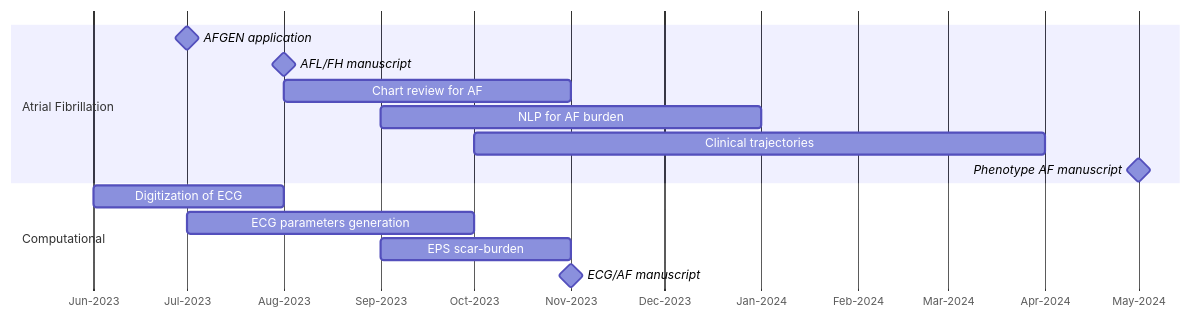
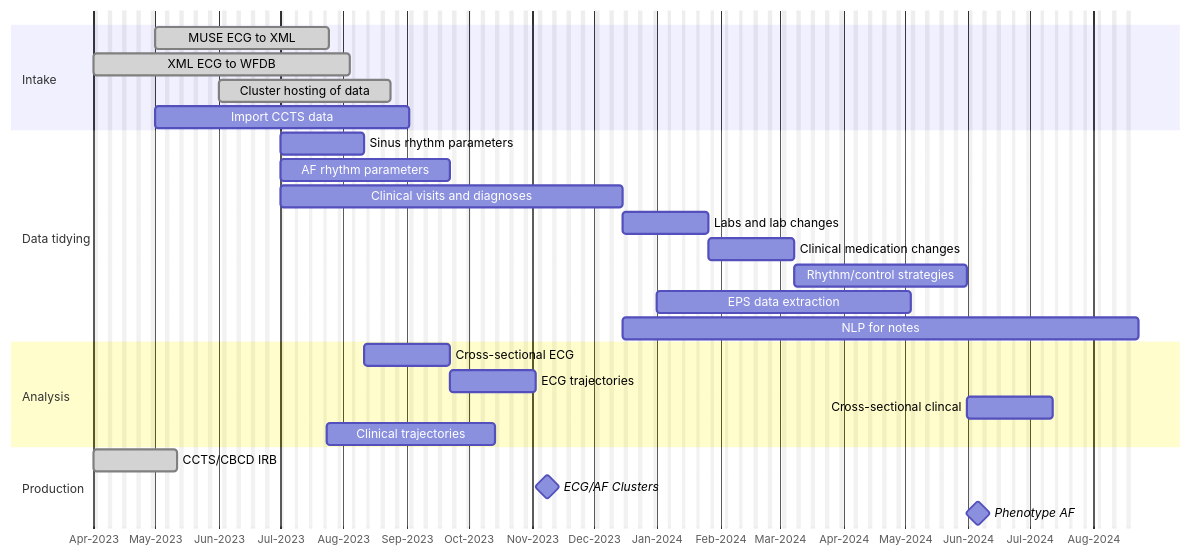
One commit to shah-in-boots/research changed the diagram in t32/phenotype-af.qmd. Above: the diagram before and after it, drawn with Mermaid. The commit also changed other lines of this file and 1 other file, not shown here.

Commit message:
phenotype AF project proposal

````diff
--- a/t32/phenotype-af.qmd
+++ b/t32/phenotype-af.qmd
@@ -49,18 +96,30 @@
 ```{mermaid}
 %%| fig-responsive: true
 gantt
-	dateFormat MM-YYYY
+	dateFormat MM/YYYY
 	axisFormat %b-%Y
-	section Atrial Fibrillation
-		AFGEN application						:milestone, 07-2023, 0d
-		AFL/FH manuscript						:milestone, 08-2023, 0d
-		Chart review for AF 				:08-2023, 11-2023
-		NLP for AF burden						:09-2023, 01-2024
-		Clinical trajectories				:10-2023, 04-2024
-		Phenotype AF manuscript 		:milestone, 05-2024, 0d
-	section Computational
-		Digitization of ECG					:06-2023, 08-2023
-		ECG parameters generation		:07-2023, 10-2023
-		EPS scar-burden							:09-2023, 11-2023
-		ECG/AF manuscript						:milestone, 11-2023, 0d
+	excludes weekends
+	section Intake
+		MUSE ECG to XML									:done, muse, 05/2023, 07/2023
+		XML ECG to WFDB 								:done, wfdb, 04/2023, 90d
+		Cluster hosting of data					:done, acer, 06/2023, 60d
+		Import CCTS data								:ccts, 05/2023, 90d
+	section Data tidying
+		Sinus rhythm parameters 				:nsr, 07/2023, 30d
+		AF rhythm parameters 		 				:paf, 07/2023, 60d
+		Clinical visits and diagnoses		:visits, 07/2023, 120d
+		Labs and lab changes						:labs, after visits, 30d
+		Clinical medication changes			:meds, after labs, 30d
+		Rhythm/control strategies				:rhythm, after meds, 60d
+		EPS data extraction							:eps, 01/2024, 90d
+		NLP for notes										:nlp, after visits, 180d
+	section Analysis
+		Cross-sectional ECG							:clusters, after nsr, 30d
+		ECG trajectories								:delta, after paf, 30d
+		Cross-sectional clincal					:cross, after rhythm, 30d
+		Clinical trajectories						:after tidy, 60d
+	section Production
+		CCTS/CBCD IRB										:done, irb, 04/2023, 30d
+		ECG/AF Clusters 								:milestone, ecg, after delta, 7d
+		Phenotype AF										:milestone, phenotype, after rhythm, 7d
 ```
````
